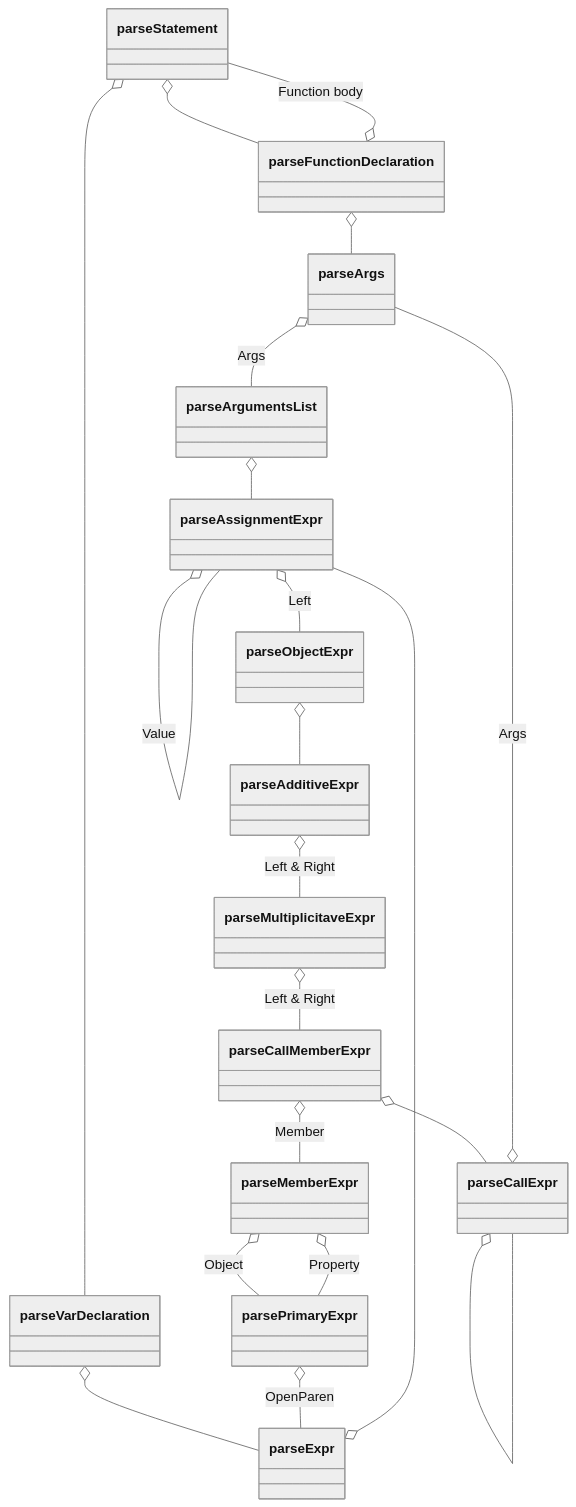
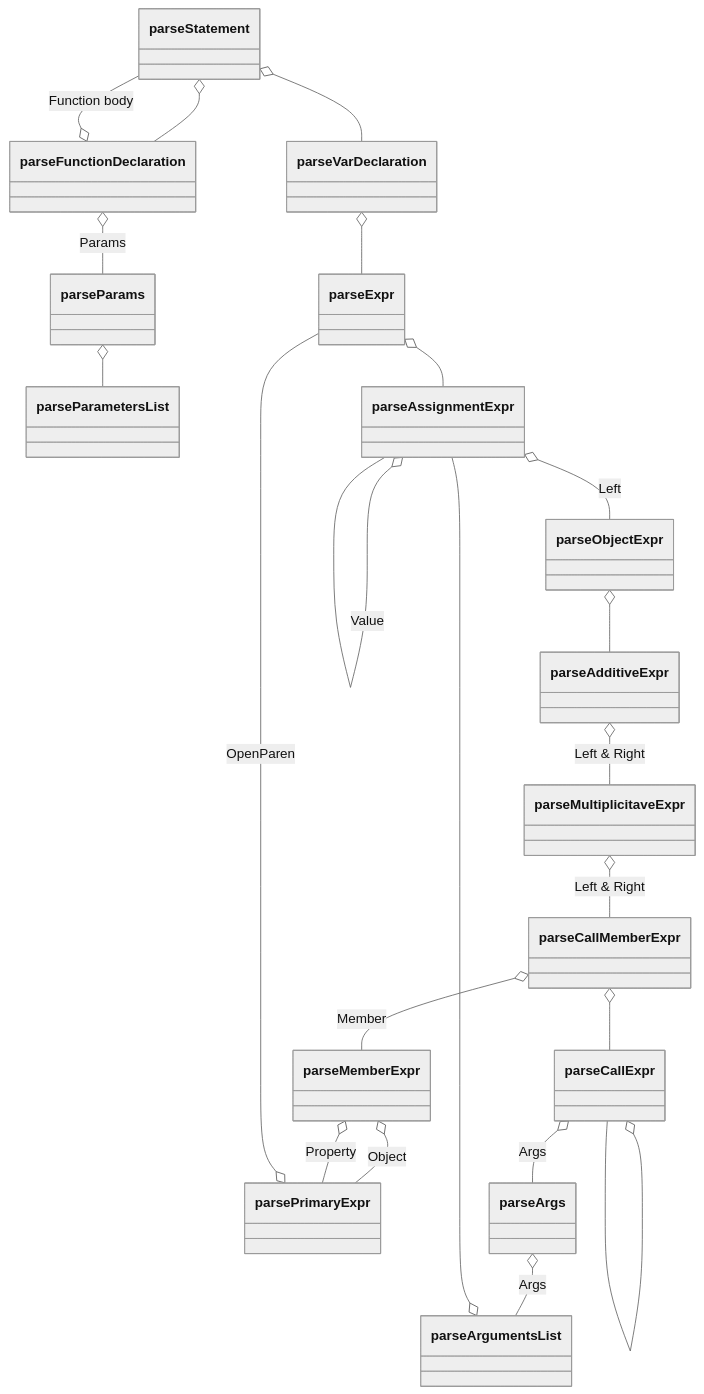
The diagram in doc/Parser.md (MasterZydra/ScriLa), drawn with Mermaid (neutral theme) before and after one commit.

Commit message:
Parser.md: Update the calls of parseFunctionDeclaration()

````diff
--- a/doc/Parser.md
+++ b/doc/Parser.md
@@ -5,27 +5,28 @@
 ```mermaid
 classDiagram
   parseStatement o-- parseFunctionDeclaration
-  parseFunctionDeclaration o-- parseArgs
+  parseFunctionDeclaration o-- parseParams : Params
   parseFunctionDeclaration o-- parseStatement : Function body
+  parseParams o-- parseParametersList
 
   parseStatement o-- parseVarDeclaration
   parseVarDeclaration o-- parseExpr
   parseExpr o-- parseAssignmentExpr
   parseAssignmentExpr o-- parseAssignmentExpr : Value
   parseAssignmentExpr o-- parseObjectExpr : Left
   parseObjectExpr o-- parseAdditiveExpr
   parseAdditiveExpr o-- parseMultiplicitaveExpr : Left & Right
   parseMultiplicitaveExpr o-- parseCallMemberExpr : Left & Right
 
   parseCallMemberExpr o-- parseMemberExpr : Member
   parseMemberExpr o-- parsePrimaryExpr : Object
   parseMemberExpr o-- parsePrimaryExpr : Property
   parsePrimaryExpr o-- parseExpr : OpenParen
 
   parseCallMemberExpr o-- parseCallExpr
   parseCallExpr o-- parseArgs : Args
   parseCallExpr o-- parseCallExpr
   parseArgs o-- parseArgumentsList : Args
   parseArgumentsList o-- parseAssignmentExpr
   
 ```
````
